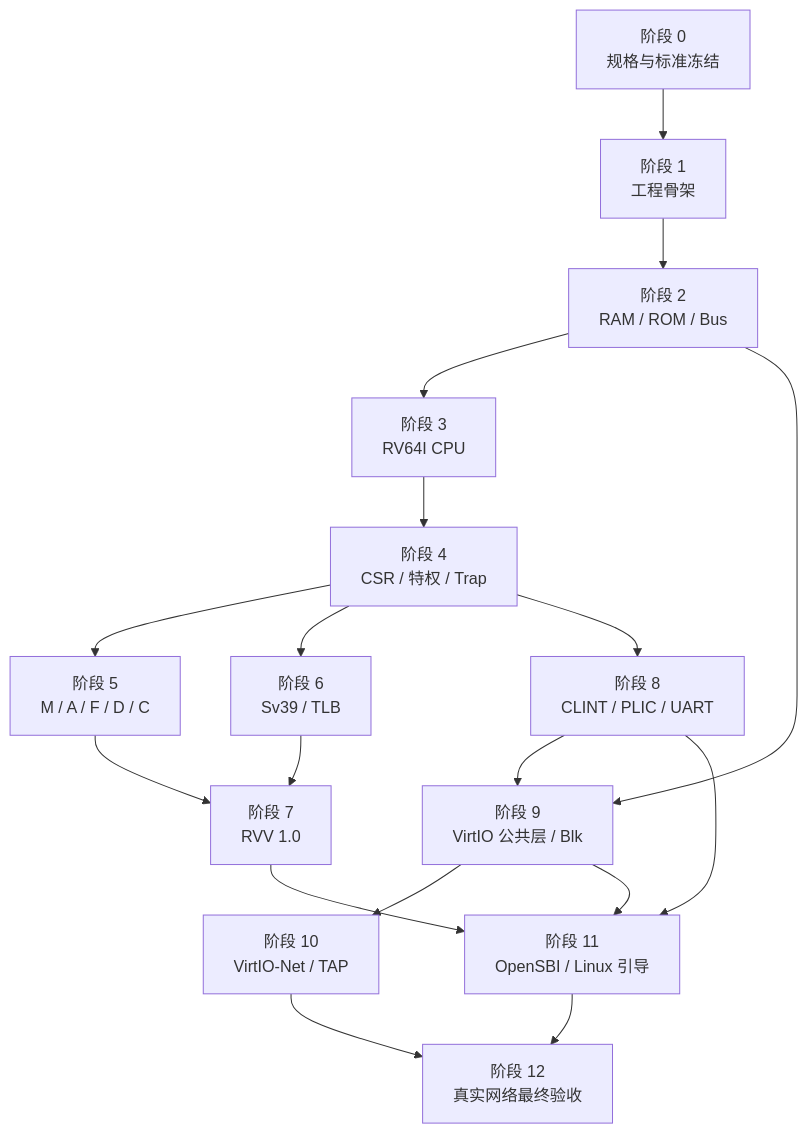
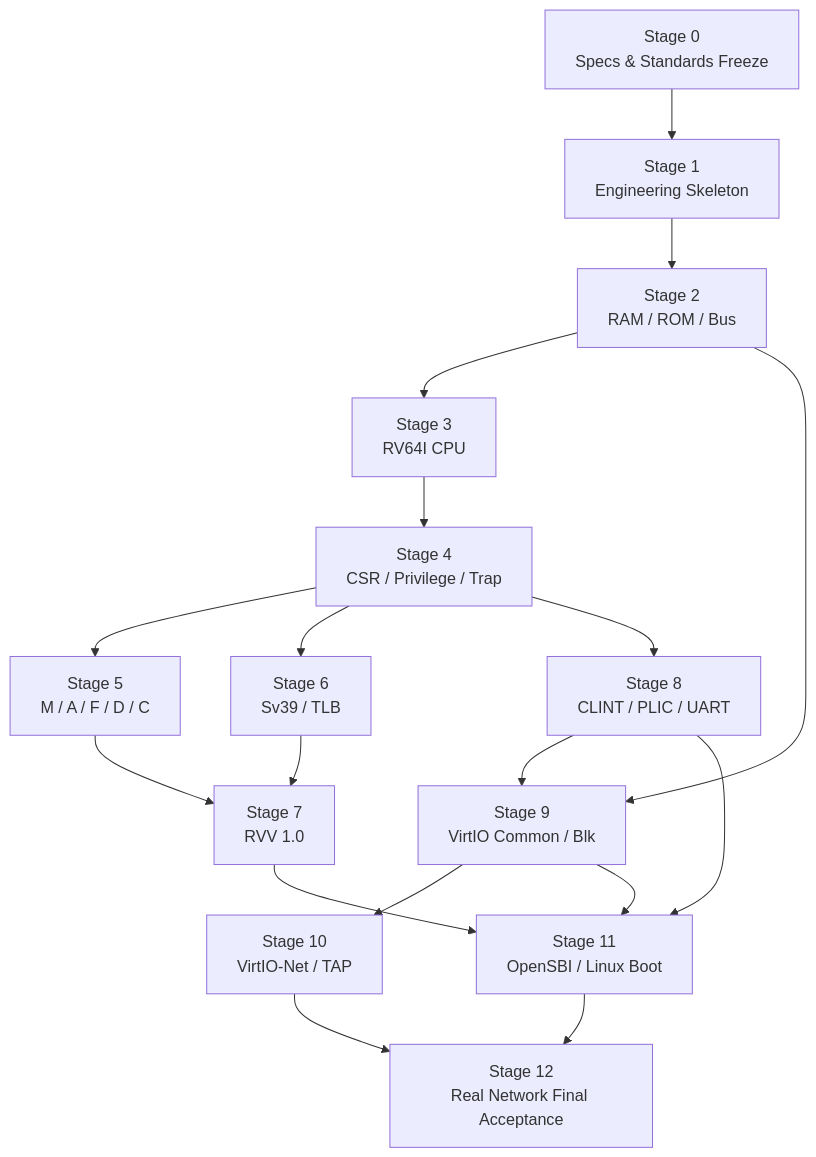
One commit to billzi2016/homemade-risc-v-64-vector-linux-emulator changed the diagram in specs/19-implementation-roadmap.md. Above: the diagram before and after it, drawn with Mermaid. The commit also changed other lines of this file and 44 other files, not shown here.

````diff
--- a/specs/19-implementation-roadmap.md
+++ b/specs/19-implementation-roadmap.md
@@ -9,20 +9,20 @@
 ```mermaid
 flowchart TD
-    S0[阶段 0<br/>规格与标准冻结] --> S1[阶段 1<br/>工程骨架]
-    S1 --> S2[阶段 2<br/>RAM / ROM / Bus]
-    S2 --> S3[阶段 3<br/>RV64I CPU]
-    S3 --> S4[阶段 4<br/>CSR / 特权 / Trap]
-    S4 --> S5[阶段 5<br/>M / A / F / D / C]
-    S4 --> S6[阶段 6<br/>Sv39 / TLB]
-    S5 --> S7[阶段 7<br/>RVV 1.0]
+    S0[Stage 0<br/>Specs & Standards Freeze] --> S1[Stage 1<br/>Engineering Skeleton]
+    S1 --> S2[Stage 2<br/>RAM / ROM / Bus]
+    S2 --> S3[Stage 3<br/>RV64I CPU]
+    S3 --> S4[Stage 4<br/>CSR / Privilege / Trap]
+    S4 --> S5[Stage 5<br/>M / A / F / D / C]
+    S4 --> S6[Stage 6<br/>Sv39 / TLB]
+    S5 --> S7[Stage 7<br/>RVV 1.0]
     S6 --> S7
-    S4 --> S8[阶段 8<br/>CLINT / PLIC / UART]
-    S2 --> S9[阶段 9<br/>VirtIO 公共层 / Blk]
+    S4 --> S8[Stage 8<br/>CLINT / PLIC / UART]
+    S2 --> S9[Stage 9<br/>VirtIO Common / Blk]
     S8 --> S9
-    S9 --> S10[阶段 10<br/>VirtIO-Net / TAP]
-    S7 --> S11[阶段 11<br/>OpenSBI / Linux 引导]
+    S9 --> S10[Stage 10<br/>VirtIO-Net / TAP]
+    S7 --> S11[Stage 11<br/>OpenSBI / Linux Boot]
     S8 --> S11
     S9 --> S11
-    S10 --> S12[阶段 12<br/>真实网络最终验收]
+    S10 --> S12[Stage 12<br/>Real Network Final Acceptance]
     S11 --> S12
 ```
````
